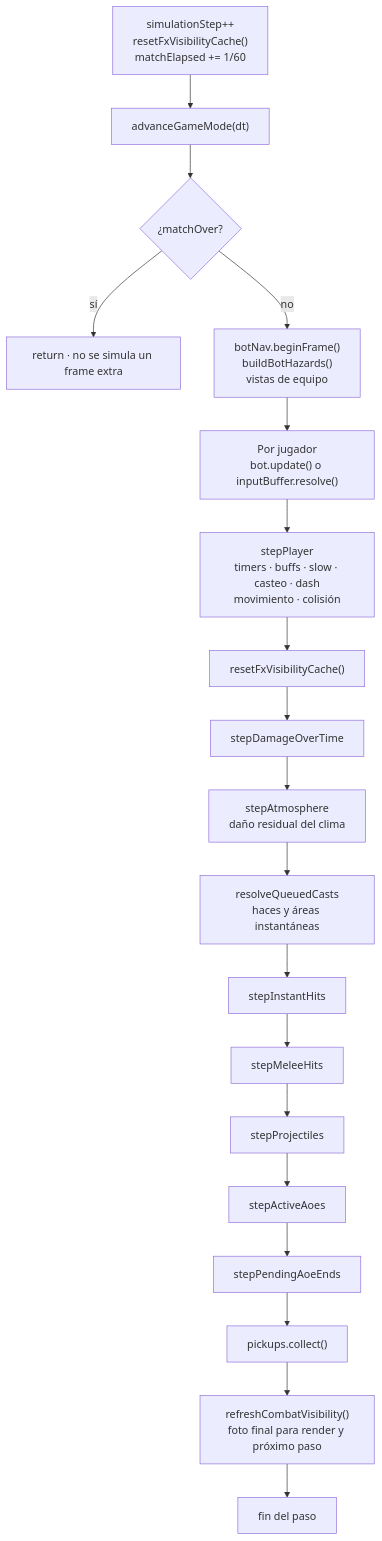
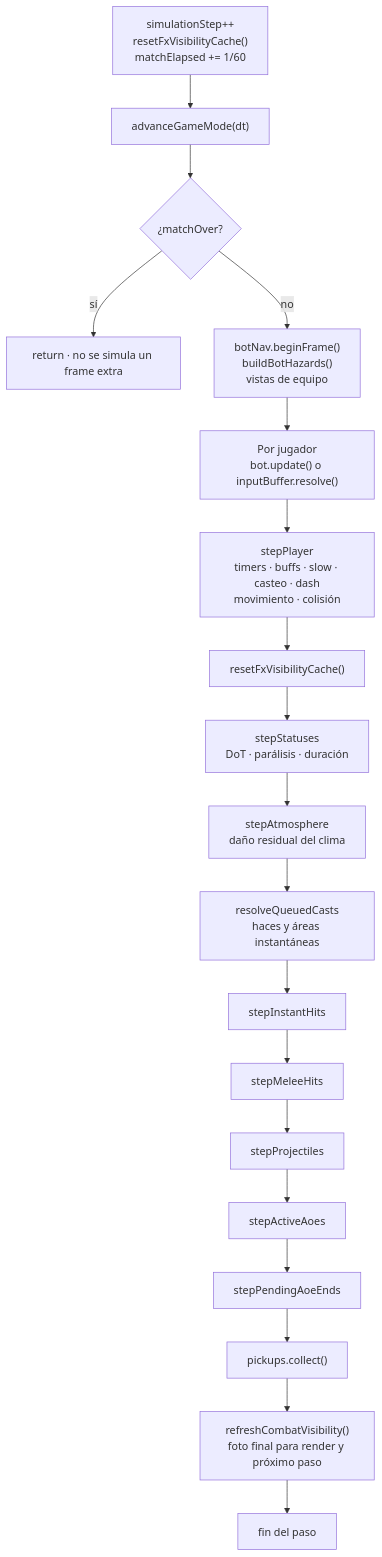
The fifth of 7 diagrams in docs/arquitectura-juego.md (SirReiva/pokegame), drawn with Mermaid before and after one commit. The commit also changed other lines of this file and 26 other files, not shown here.

First line of the commit message:
Refactor damage over time system to a status system

````diff
--- a/docs/arquitectura-juego.md
+++ b/docs/arquitectura-juego.md
@@ -294,23 +294,23 @@
 ```mermaid
 flowchart TD
   s0["simulationStep++<br/>resetFxVisibilityCache()<br/>matchElapsed += 1/60"] --> mode["advanceGameMode(dt)"]
   mode --> over{"¿matchOver?"}
   over -->|"sí"| stop["return · no se simula un frame extra"]
   over -->|"no"| bots["botNav.beginFrame()<br/>buildBotHazards()<br/>vistas de equipo"]
 
   bots --> players["Por jugador<br/>bot.update() o inputBuffer.resolve()"]
   players --> playerStep["stepPlayer<br/>timers · buffs · slow · casteo · dash<br/>movimiento · colisión"]
   playerStep --> reset["resetFxVisibilityCache()"]
-  reset --> dot["stepDamageOverTime"]
-  dot --> atmosphere["stepAtmosphere<br/>daño residual del clima"]
+  reset --> statuses["stepStatuses<br/>DoT · parálisis · duración"]
+  statuses --> atmosphere["stepAtmosphere<br/>daño residual del clima"]
 
   atmosphere --> casts["resolveQueuedCasts<br/>haces y áreas instantáneas"]
   casts --> instant["stepInstantHits"]
   instant --> melee["stepMeleeHits"]
   melee --> projectiles["stepProjectiles"]
   projectiles --> aoes["stepActiveAoes"]
   aoes --> aoeEnds["stepPendingAoeEnds"]
   aoeEnds --> pickups["pickups.collect()"]
   pickups --> visibility["refreshCombatVisibility()<br/>foto final para render y próximo paso"]
   visibility --> done["fin del paso"]
 ```
````
